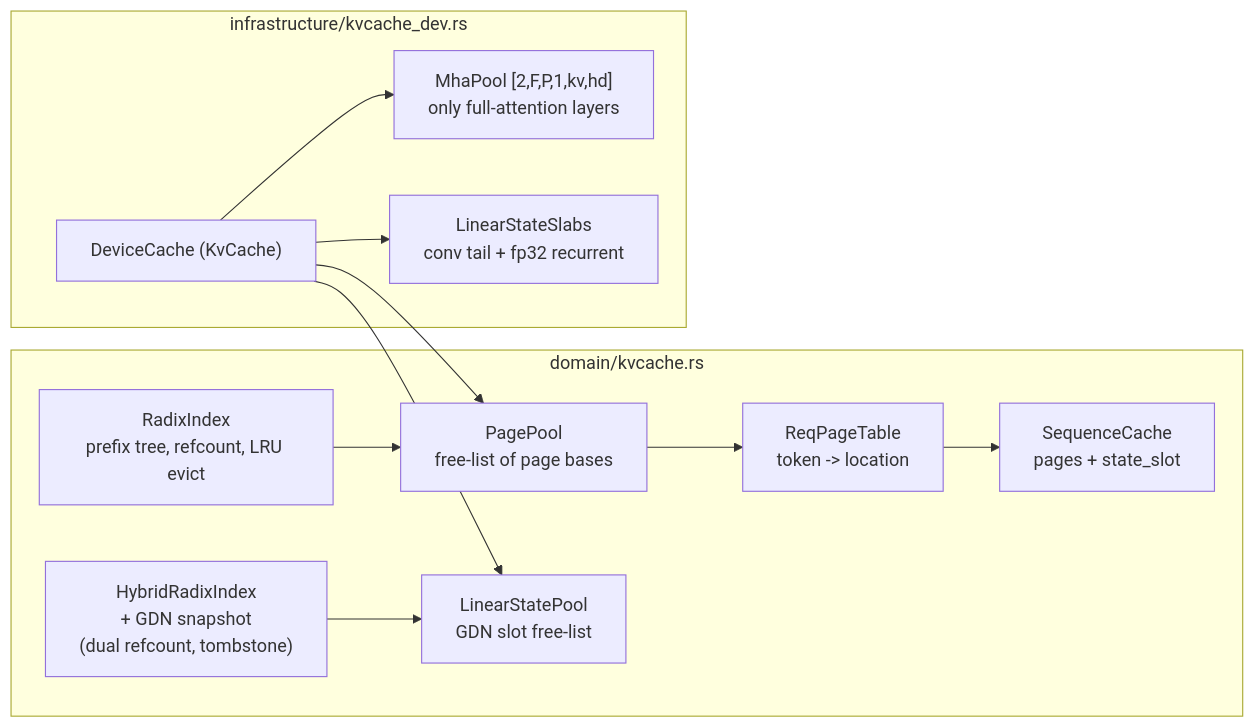
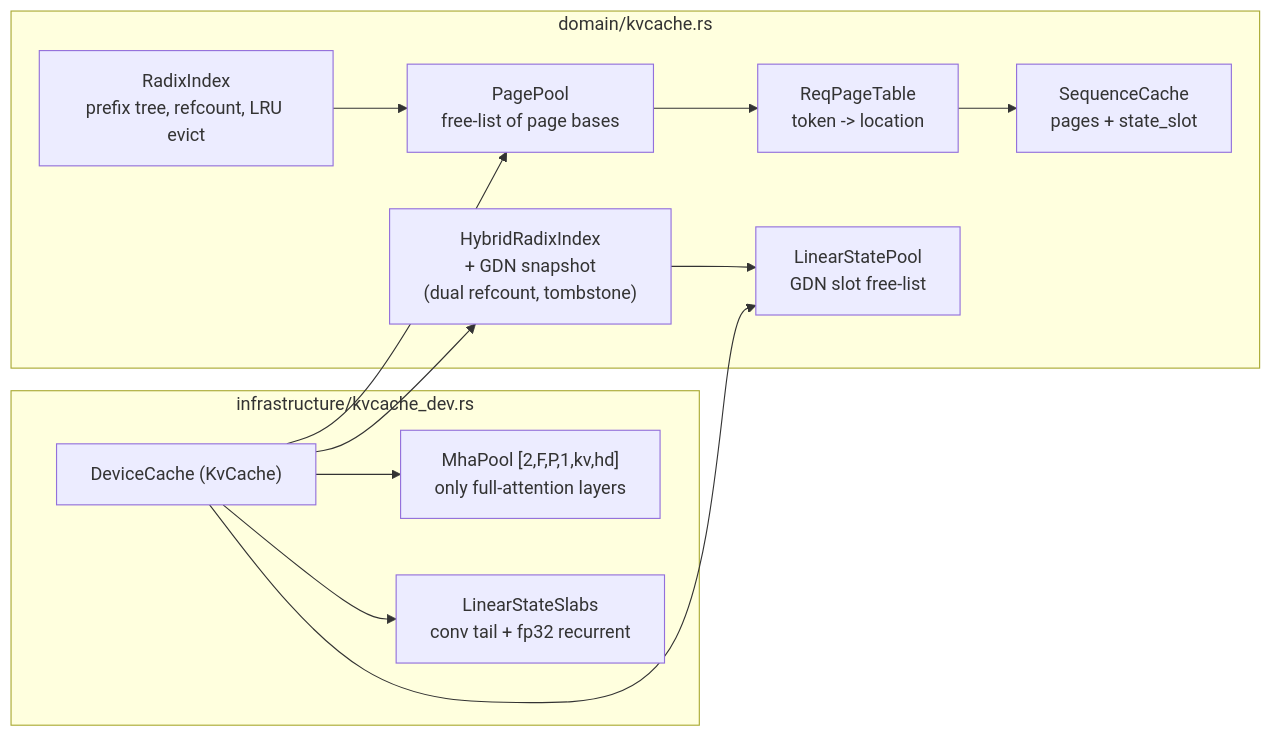
Before and after one commit to butzist/ferrum-torrens: diagram 12 of 17 in ARCHITECTURE.md, drawn with Mermaid. The commit also changed other lines of this file and 7 other files, not shown here.

````diff
--- a/ARCHITECTURE.md
+++ b/ARCHITECTURE.md
@@ -493,23 +493,24 @@
 ```mermaid
 flowchart LR
   subgraph Dom["domain/kvcache.rs"]
     Pool["PagePool\nfree-list of page bases"]
     PT["ReqPageTable\ntoken -> location"]
     Radix["RadixIndex\nprefix tree, refcount, LRU evict"]
     Hybrid["HybridRadixIndex\n+ GDN snapshot\n(dual refcount, tombstone)"]
     SP["LinearStatePool\nGDN slot free-list"]
     SC["SequenceCache\npages + state_slot"]
   end
   subgraph Dev["infrastructure/kvcache_dev.rs"]
     Mha["MhaPool [2,F,P,1,kv,hd]\nonly full-attention layers"]
     Slabs["LinearStateSlabs\nconv tail + fp32 recurrent"]
     DC["DeviceCache (KvCache)"]
   end
   DC --> Mha
   DC --> Slabs
   DC --> Pool
   DC --> SP
+  DC --> Hybrid
   Pool --> PT --> SC
   Radix --> Pool
   Hybrid --> SP
 ```
````
